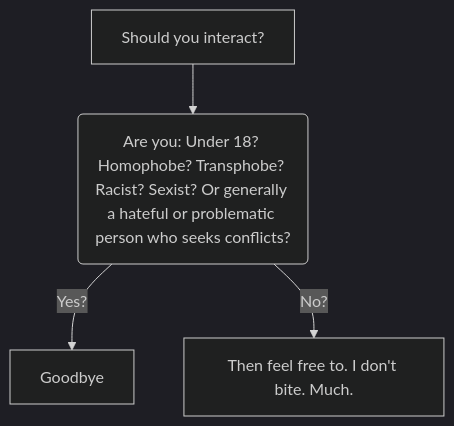
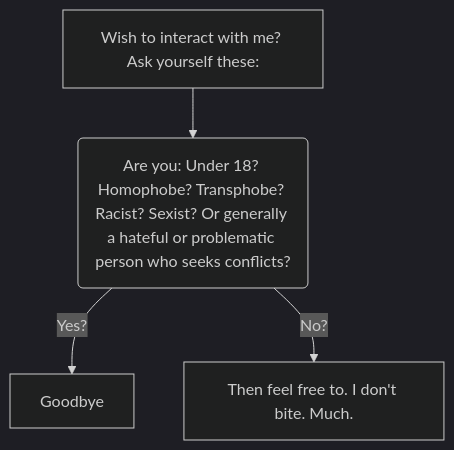
One commit to JinxxSixx6/JinxxSixx6 changed the diagram in README.md. Above: the diagram before and after it, drawn with Mermaid (dark theme).

````diff
--- a/README.md
+++ b/README.md
@@ -16,6 +16,6 @@
 ```mermaid
 graph TD
-  A[Should you interact?] --> B(Are you: Under 18? Homophobe? Transphobe? Racist? Sexist? Or generally a hateful or problematic person who seeks conflicts?)
+  A[Wish to interact with me? Ask yourself these:] --> B(Are you: Under 18? Homophobe? Transphobe? Racist? Sexist? Or generally a hateful or problematic person who seeks conflicts?)
   B -->|Yes?| C[Goodbye]
   B -->|No?| D[Then feel free to. I don't bite. Much. ]
 ```
````
